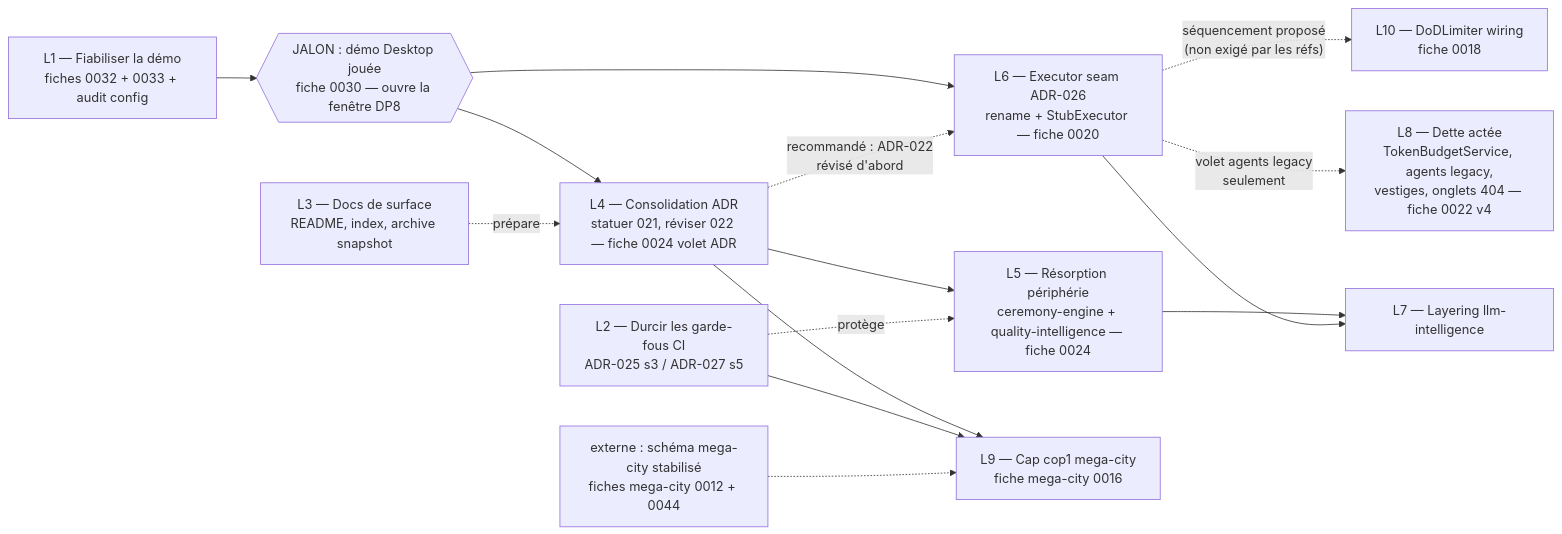
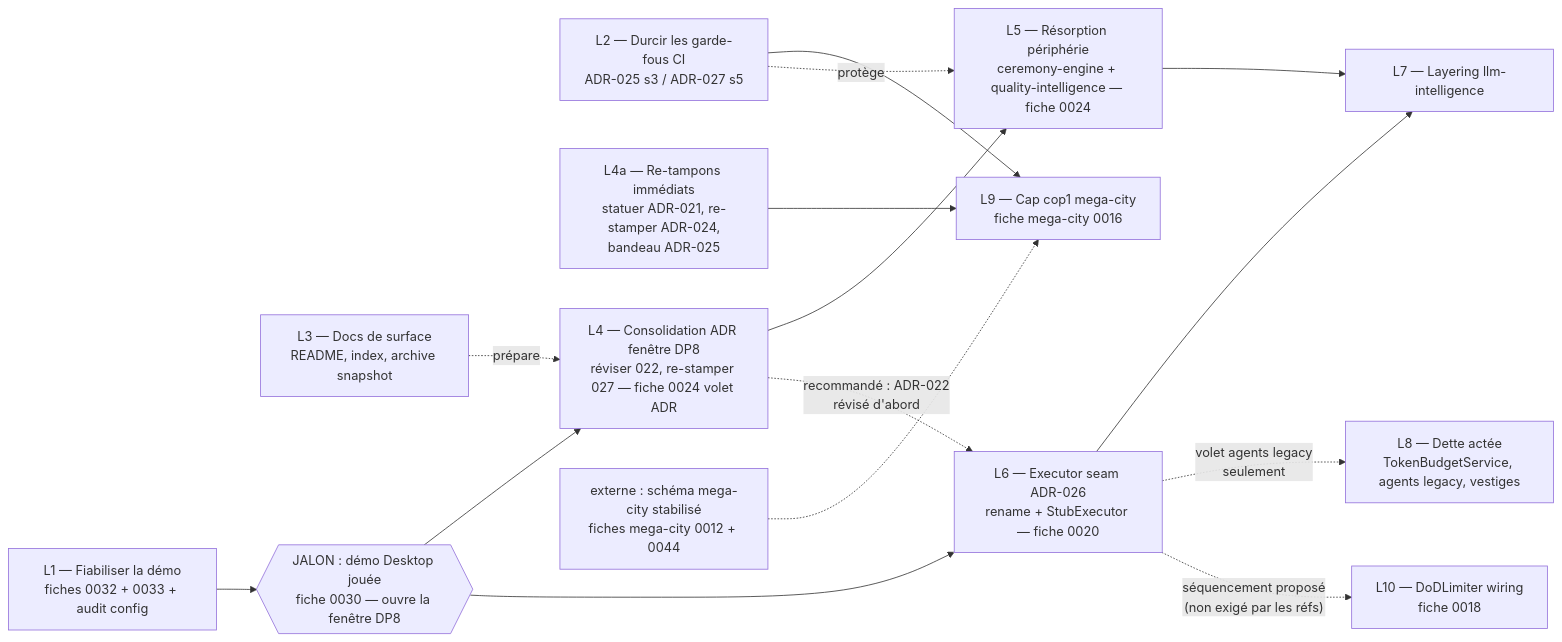
The third of 3 diagrams in features/0034-mise-a-plat-post-pivot.md (elzinko/vectorz), drawn with Mermaid before and after one commit. The commit also changed other lines of this file and 2 other files, not shown here.

````diff
--- a/features/0034-mise-a-plat-post-pivot.md
+++ b/features/0034-mise-a-plat-post-pivot.md
@@ -146,29 +148,30 @@
 ```mermaid
 flowchart LR
   L1["L1 — Fiabiliser la démo<br/>fiches 0032 + 0033 + audit config"]
   L2["L2 — Durcir les garde-fous CI<br/>ADR-025 s3 / ADR-027 s5"]
   L3["L3 — Docs de surface<br/>README, index, archive snapshot"]
+  L4a["L4a — Re-tampons immédiats<br/>statuer ADR-021, re-stamper ADR-024,<br/>bandeau ADR-025"]
   DEMO{{"JALON : démo Desktop jouée<br/>fiche 0030 — ouvre la fenêtre DP8"}}
-  L4["L4 — Consolidation ADR<br/>statuer 021, réviser 022 — fiche 0024 volet ADR"]
+  L4["L4 — Consolidation ADR fenêtre DP8<br/>réviser 022, re-stamper 027 — fiche 0024 volet ADR"]
   L5["L5 — Résorption périphérie<br/>ceremony-engine + quality-intelligence — fiche 0024"]
   L6["L6 — Executor seam ADR-026<br/>rename + StubExecutor — fiche 0020"]
   L7["L7 — Layering llm-intelligence"]
-  L8["L8 — Dette actée<br/>TokenBudgetService, agents legacy,<br/>vestiges, onglets 404 — fiche 0022 v4"]
+  L8["L8 — Dette actée<br/>TokenBudgetService, agents legacy, vestiges"]
   L9["L9 — Cap cop1 mega-city<br/>fiche mega-city 0016"]
   L10["L10 — DoDLimiter wiring<br/>fiche 0018"]
   EXT["externe : schéma mega-city stabilisé<br/>fiches mega-city 0012 + 0044"]
   L1 --> DEMO
   DEMO --> L4
   DEMO --> L6
   L4 --> L5
-  L4 --> L9
+  L4a --> L9
   L2 --> L9
   L5 --> L7
   L6 --> L7
   L4 -.->|"recommandé : ADR-022<br/>révisé d'abord"| L6
   L6 -.->|"volet agents legacy<br/>seulement"| L8
   L6 -.->|"séquencement proposé<br/>(non exigé par les réfs)"| L10
   EXT -.-> L9
   L2 -.->|"protège"| L5
   L3 -.->|"prépare"| L4
 ```
````
